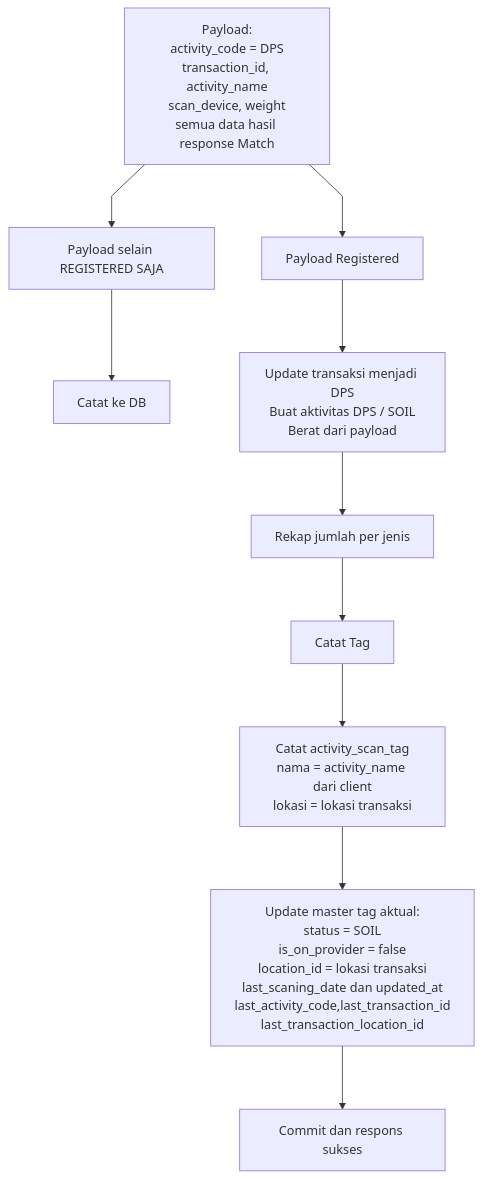
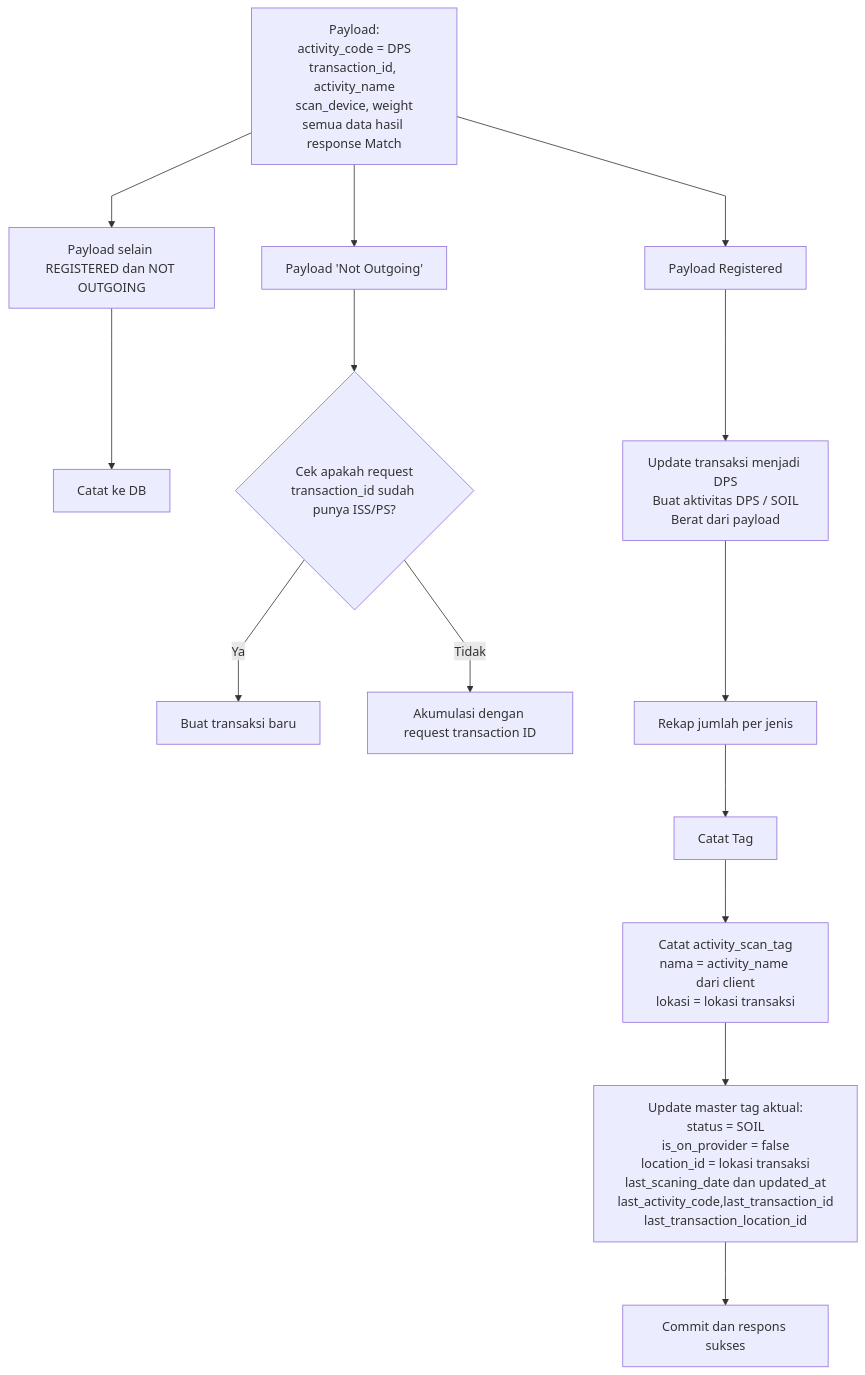
Before and after one commit to bagaskrmn/bac-flow-laundry: the third of 3 diagrams in laundry-activities/driver-pickup-soil.md, drawn with Mermaid.

````diff
--- a/laundry-activities/driver-pickup-soil.md
+++ b/laundry-activities/driver-pickup-soil.md
@@ -44,18 +44,23 @@
 ```mermaid
 %%{init: {'flowchart': {'curve': 'linear', 'nodeSpacing': 60, 'rankSpacing': 80, 'diagramPadding': 24}}}%%
 flowchart TD
     N_IN["Payload:<br/>activity_code = DPS<br/>transaction_id, activity_name<br/>scan_device, weight<br/>semua data hasil response Match"]
-    N_IN --> N_NMATCH["Payload selain REGISTERED SAJA"]
+    N_IN --> N_NMATCH["Payload selain REGISTERED dan NOT OUTGOING"]
     N_NMATCH --> N_NOTES["Catat ke DB"]
     N_IN --> N_MATCH["Payload Registered"]
     N_MATCH --> N_ACT["Update transaksi menjadi DPS<br/>Buat aktivitas DPS / SOIL<br/>Berat dari payload"]
+    N_IN -->N_OSS2["Payload 'Not Outgoing'"]
+    N_OSS2 -->N_ISSPS{"Cek apakah request<br/>transaction_id sudah punya ISS/PS?"}
+    N_ISSPS -->|Ya| N_CREATETRX["Buat transaksi baru"]
+    N_ISSPS -->|Tidak| N_ACCUMULATE["Akumulasi dengan request transaction ID"]
+
 
     N_ACT --> N_QTY["Rekap jumlah per jenis"]
 
     N_QTY --> N_REAL["Catat Tag"]
     N_REAL --> N_SCAN["Catat activity_scan_tag<br/>nama = activity_name dari client<br/>lokasi = lokasi transaksi"]
     N_SCAN --> N_MASTER["Update master tag aktual:<br/>status = SOIL<br/>is_on_provider = false<br/>location_id = lokasi transaksi<br/>last_scaning_date dan updated_at<br/>last_activity_code,last_transaction_id<br/>last_transaction_location_id"]
     N_MASTER --> N_DONE["Commit dan respons sukses"]
 
-    class N_NMATCH,N_NOTES,N_MATCH danger
+    class N_NMATCH,N_NOTES,N_OSS2,N_ISSPS,N_CREATETRX,N_ACCUMULATE danger
 ```
````
